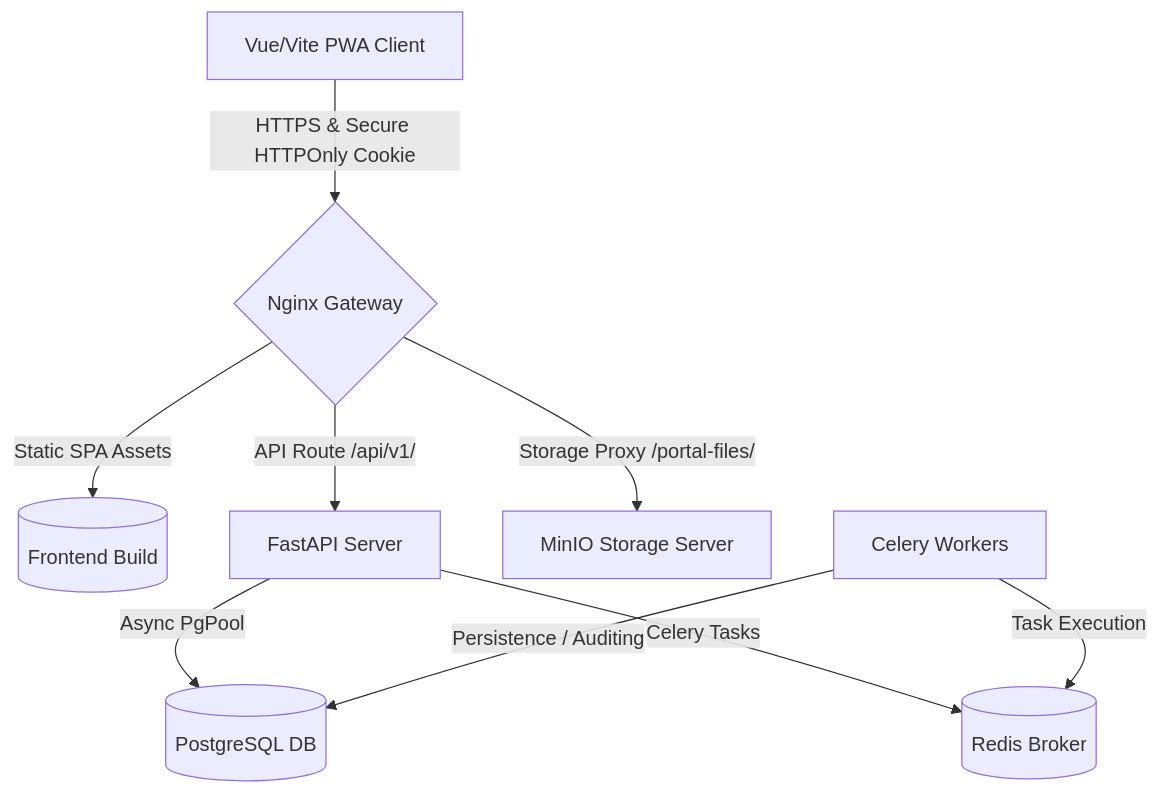
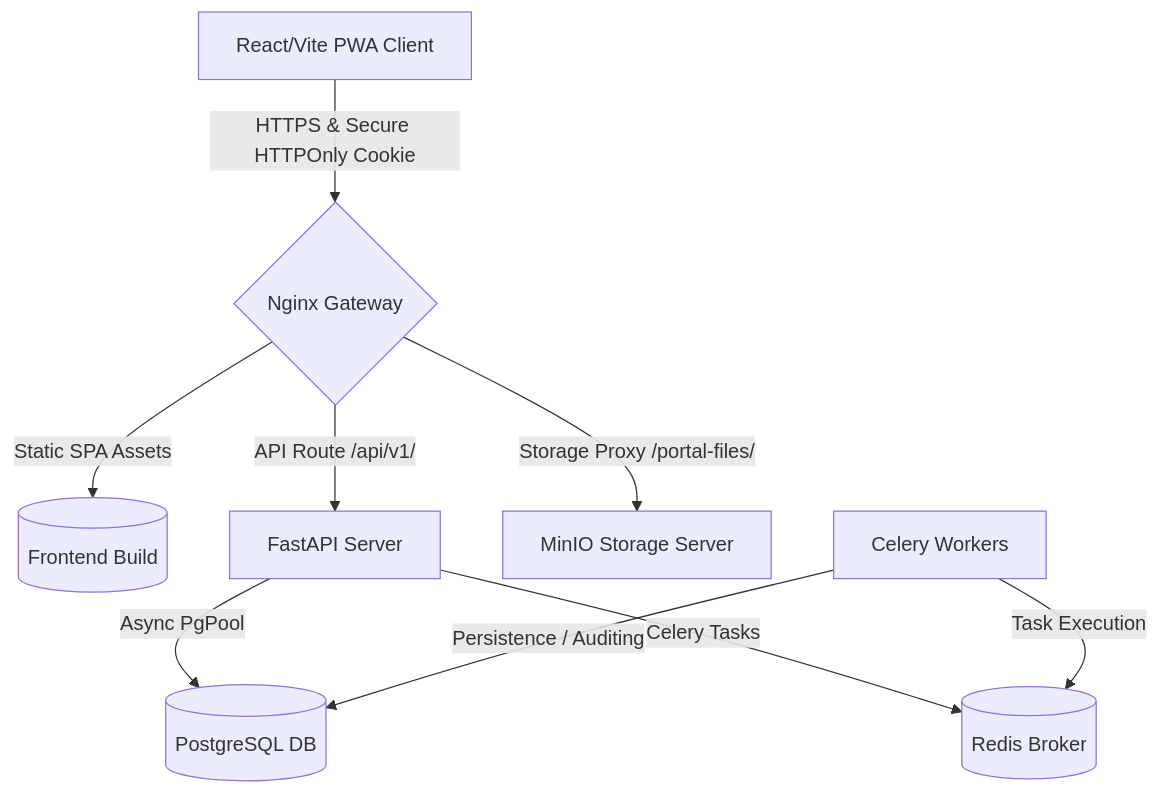
Before and after one commit to nirzaf/garrison-investments: the diagram in docs/PRODUCTION_READINESS_REVIEW.md, drawn with Mermaid. The commit also changed other lines of this file and 15 other files, not shown here.

````diff
--- a/docs/PRODUCTION_READINESS_REVIEW.md
+++ b/docs/PRODUCTION_READINESS_REVIEW.md
@@ -20,11 +20,11 @@
 ```mermaid
 graph TD
-    Client[Vue/Vite PWA Client] -->|HTTPS & Secure HTTPOnly Cookie| Nginx{Nginx Gateway}
+    Client[React/Vite PWA Client] -->|HTTPS & Secure HTTPOnly Cookie| Nginx{Nginx Gateway}
     Nginx -->|Static SPA Assets| Disk[(Frontend Build)]
     Nginx -->|API Route /api/v1/| FastAPI[FastAPI Server]
     Nginx -->|Storage Proxy /portal-files/| MinIO[MinIO Storage Server]
     FastAPI -->|Async PgPool| Postgres[(PostgreSQL DB)]
     FastAPI -->|Celery Tasks| Redis[(Redis Broker)]
     Celery[Celery Workers] -->|Task Execution| Redis
     Celery -->|Persistence / Auditing| Postgres
 ```
````
